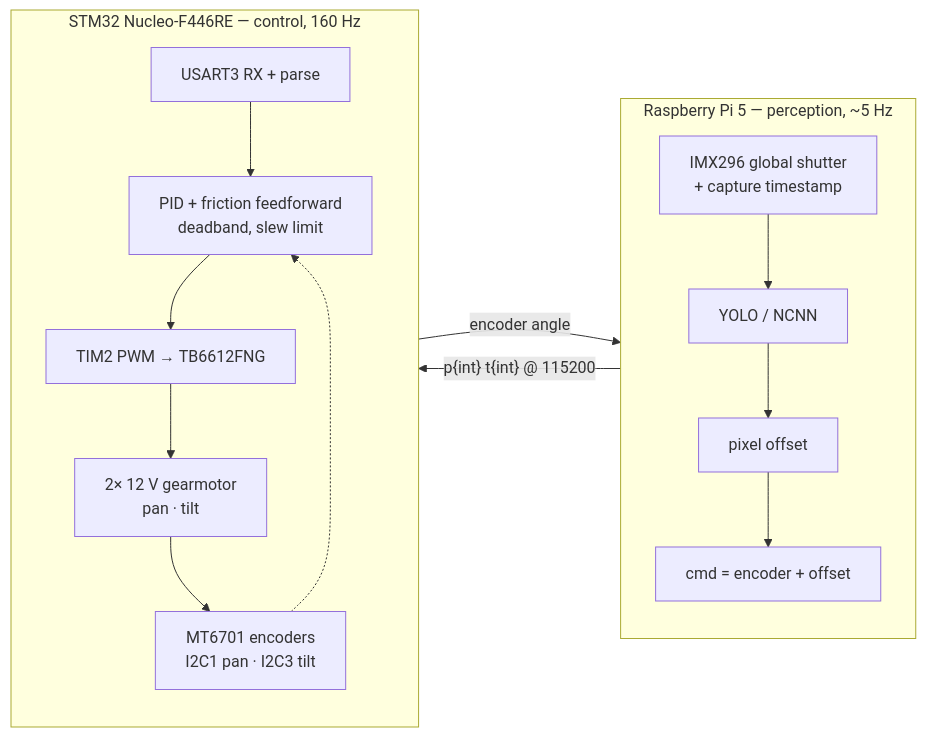
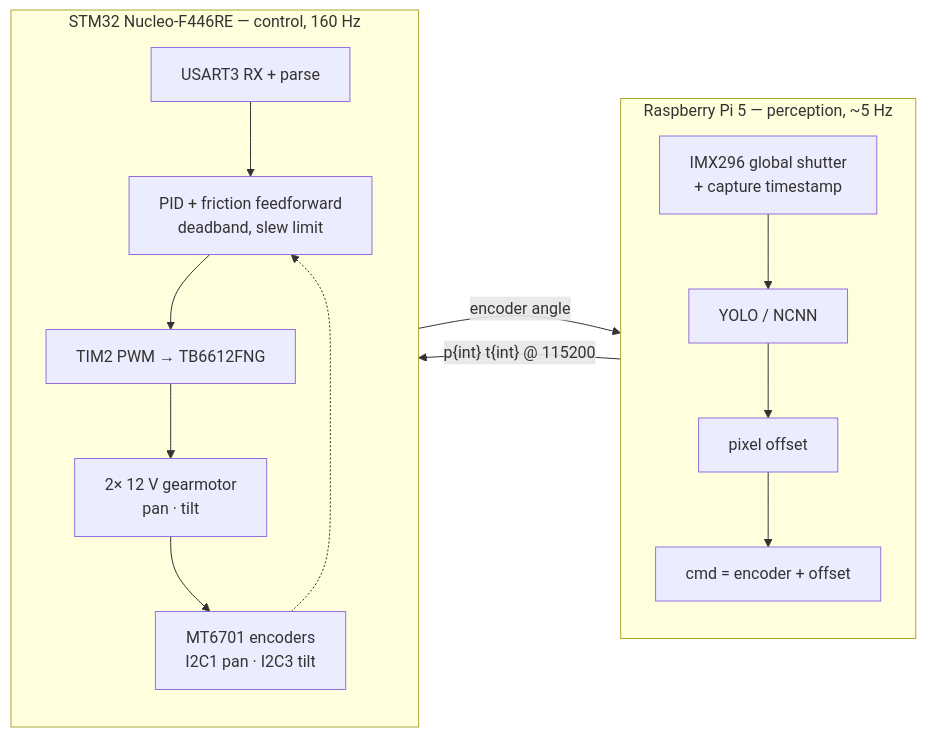
The diagram in README.md (sam-lindwall/turret-v2), drawn with Mermaid before and after one commit.

````diff
--- a/README.md
+++ b/README.md
@@ -18,26 +18,27 @@
 ```mermaid
 flowchart LR
+    PI ~~~ STM
     subgraph PI["Raspberry Pi 5 — perception, ~5 Hz"]
         direction TB
         CAM["IMX296 global shutter<br/>+ capture timestamp"]
         YOLO["YOLO / NCNN"]
         OFF["pixel offset"]
         CMD["cmd = encoder + offset"]
         CAM --> YOLO --> OFF --> CMD
     end
 
     subgraph STM["STM32 Nucleo-F446RE — control, 160 Hz"]
         direction TB
         RX["USART3 RX + parse"]
         LOOP["PID + friction feedforward<br/>deadband, slew limit"]
         PWM["TIM2 PWM → TB6612FNG"]
         MOT["2× 12 V gearmotor<br/>pan · tilt"]
         ENC["MT6701 encoders<br/>I2C1 pan · I2C3 tilt"]
         RX --> LOOP --> PWM --> MOT --> ENC
         ENC -.-> LOOP
     end
 
     CMD -- "p{int} t{int} @ 115200" --> RX
     ENC -- "encoder angle" --> CMD
     CMD ~~~ RX
 ```
````
